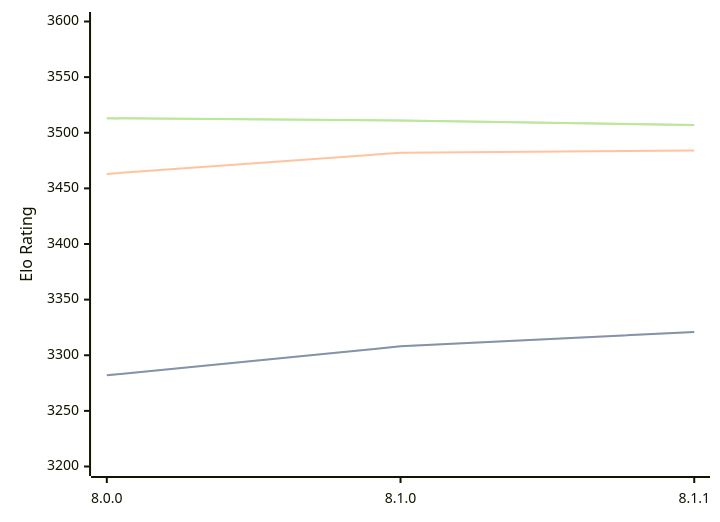
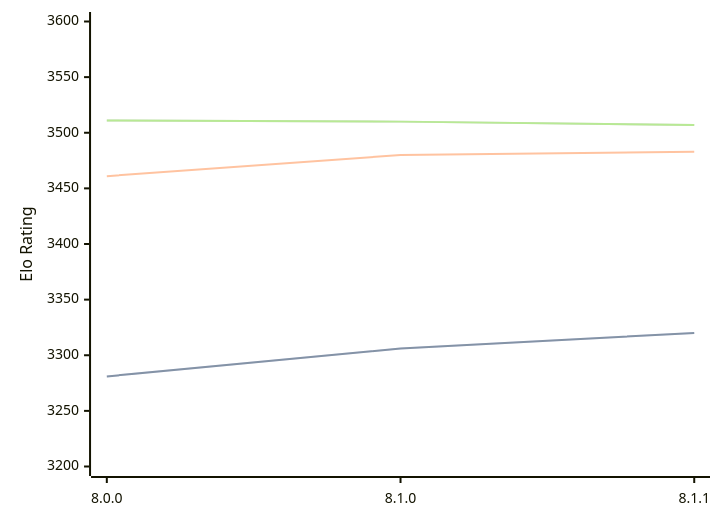
Before and after one commit to computer-chess-index/cci: the diagram in engines/Velvet.md, drawn with Mermaid. The commit also changed other lines of this file, not shown here.

Commit message:
Update CCI Ratings (ELO VLTC) - 2026-03-08

````diff
--- a/engines/Velvet.md
+++ b/engines/Velvet.md
@@ -55,11 +55,11 @@
 ```mermaid
 %%{init: {"theme":"base","themeVariables":{"seriesColors:['#a3a3a3','#222221','#faa371']}}}%%
 xychart-beta
   x-axis ["8.0.0", "8.1.0", "8.1.1"]
   y-axis "Elo Rating" 3200 --> 3600
-  line "STC (8.0+0.08s)" [3282, 3308, 3321]
-  line "STC (8.0+0.08s)" [3282, 3308, 3321]
-  line "LTC (60.0+0.60s)" [3463, 3482, 3484]
-  line "VLTC (2m24s+1.12s)" [3513, 3511, 3507]
-  line "VLTC (2m24s+1.12s)" [3513, 3511, 3507]
+  line "STC (8.0+0.08s)" [3281, 3306, 3320]
+  line "STC (8.0+0.08s)" [3281, 3306, 3320]
+  line "LTC (60.0+0.60s)" [3461, 3480, 3483]
+  line "VLTC (2m24s+1.12s)" [3511, 3510, 3507]
+  line "VLTC (2m24s+1.12s)" [3511, 3510, 3507]
 ```
````
